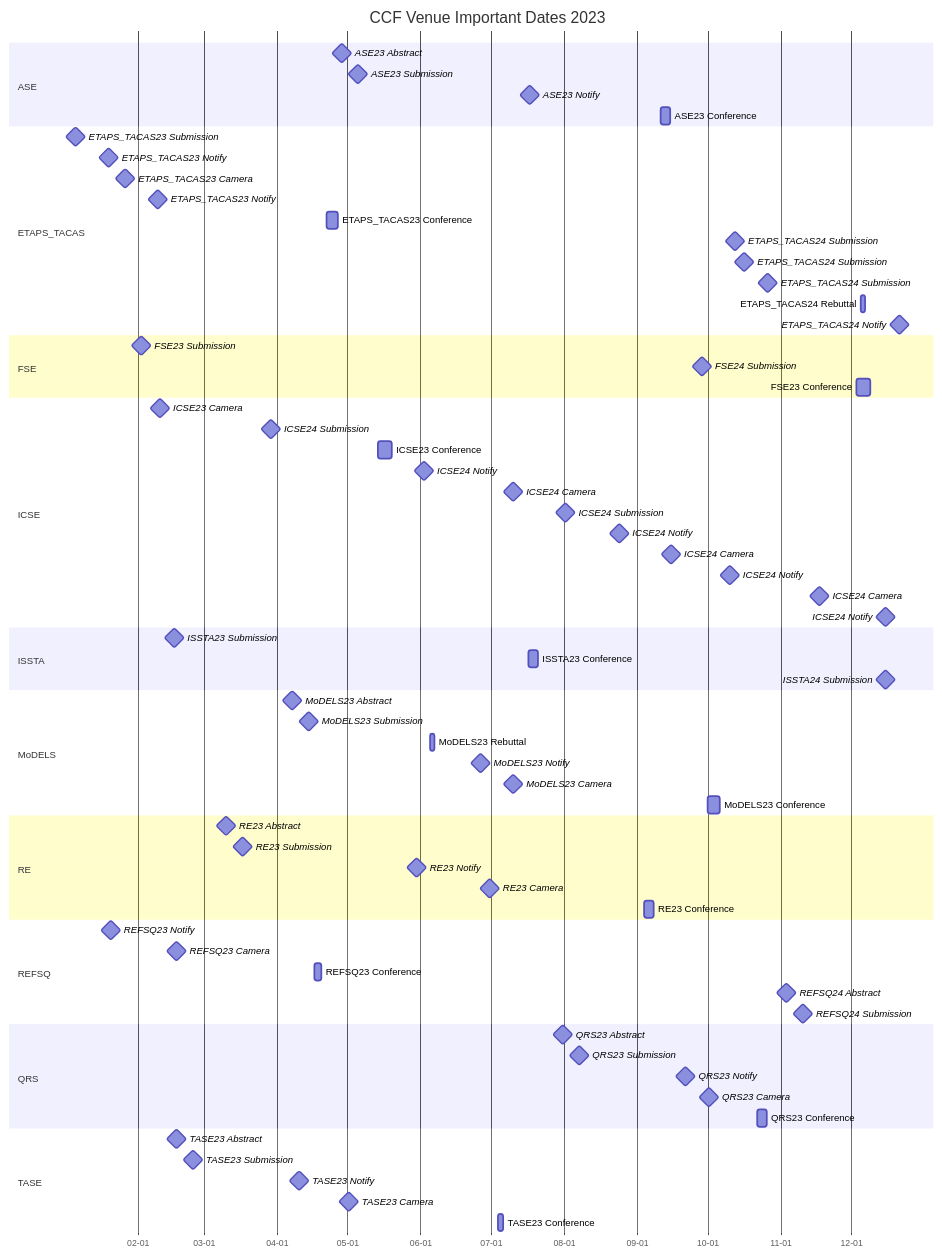
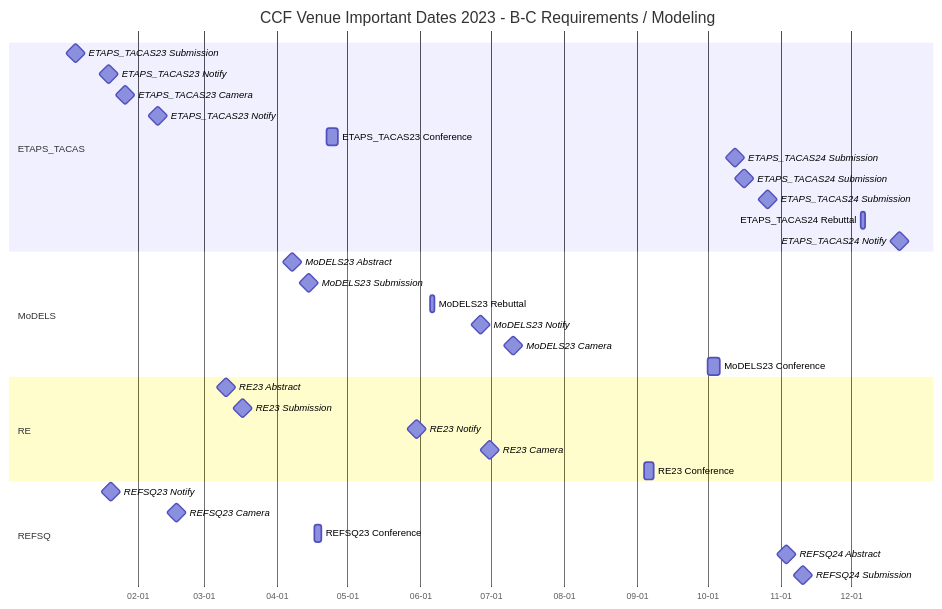
One commit to HansBug/research_ideas changed diagram 14 of 20 in ccf_venues/TIMELINE.md. Above: the diagram before and after it, drawn with Mermaid. The commit also changed other lines of this file and 5 other files, not shown here.

````diff
--- a/ccf_venues/TIMELINE.md
+++ b/ccf_venues/TIMELINE.md
@@ -817,14 +931,8 @@
 ```mermaid
 gantt
-  title CCF Venue Important Dates 2023
+  title CCF Venue Important Dates 2023 - B-C Requirements / Modeling
   dateFormat YYYY-MM-DD
   axisFormat %m-%d
-
-  section ASE
-  ASE23 Abstract :milestone, ase_2023_1_20230428, 2023-04-28, 1d
-  ASE23 Submission :milestone, ase_2023_2_20230505, 2023-05-05, 1d
-  ASE23 Notify :milestone, ase_2023_3_20230717, 2023-07-17, 1d
-  ASE23 Conference :ase_2023_4_20230911, 2023-09-11, 2023-09-15
 
   section ETAPS_TACAS
   ETAPS_TACAS23 Submission :milestone, etaps_tacas_2023_1_20230105, 2023-01-05, 1d
@@ -837,29 +945,6 @@
   ETAPS_TACAS24 Submission :milestone, etaps_tacas_2023_8_20231026, 2023-10-26, 1d
   ETAPS_TACAS24 Rebuttal :etaps_tacas_2023_9_20231205, 2023-12-05, 2023-12-07
   ETAPS_TACAS24 Notify :milestone, etaps_tacas_2023_10_20231221, 2023-12-21, 1d
-
-  section FSE
-  FSE23 Submission :milestone, fse_2023_1_20230202, 2023-02-02, 1d
-  FSE24 Submission :milestone, fse_2023_2_20230928, 2023-09-28, 1d
-  FSE23 Conference :fse_2023_3_20231203, 2023-12-03, 2023-12-09
-
-  section ICSE
-  ICSE23 Camera :milestone, icse_2023_1_20230210, 2023-02-10, 1d
-  ICSE24 Submission :milestone, icse_2023_2_20230329, 2023-03-29, 1d
-  ICSE23 Conference :icse_2023_3_20230514, 2023-05-14, 2023-05-20
-  ICSE24 Notify :milestone, icse_2023_4_20230602, 2023-06-02, 1d
-  ICSE24 Camera :milestone, icse_2023_5_20230710, 2023-07-10, 1d
-  ICSE24 Submission :milestone, icse_2023_6_20230801, 2023-08-01, 1d
-  ICSE24 Notify :milestone, icse_2023_7_20230824, 2023-08-24, 1d
-  ICSE24 Camera :milestone, icse_2023_8_20230915, 2023-09-15, 1d
-  ICSE24 Notify :milestone, icse_2023_9_20231010, 2023-10-10, 1d
-  ICSE24 Camera :milestone, icse_2023_10_20231117, 2023-11-17, 1d
-  ICSE24 Notify :milestone, icse_2023_11_20231215, 2023-12-15, 1d
-
-  section ISSTA
-  ISSTA23 Submission :milestone, issta_2023_1_20230216, 2023-02-16, 1d
-  ISSTA23 Conference :issta_2023_2_20230717, 2023-07-17, 2023-07-21
-  ISSTA24 Submission :milestone, issta_2023_3_20231215, 2023-12-15, 1d
 
   section MoDELS
   MoDELS23 Abstract :milestone, models_2023_1_20230407, 2023-04-07, 1d
@@ -882,19 +967,4 @@
   REFSQ23 Conference :refsq_2023_3_20230417, 2023-04-17, 2023-04-20
   REFSQ24 Abstract :milestone, refsq_2023_4_20231103, 2023-11-03, 1d
   REFSQ24 Submission :milestone, refsq_2023_5_20231110, 2023-11-10, 1d
-
-
-  section QRS
-  QRS23 Abstract :milestone, qrs_2023_1_20230731, 2023-07-31, 1d
-  QRS23 Submission :milestone, qrs_2023_2_20230807, 2023-08-07, 1d
-  QRS23 Notify :milestone, qrs_2023_3_20230921, 2023-09-21, 1d
-  QRS23 Camera :milestone, qrs_2023_4_20231001, 2023-10-01, 1d
-  QRS23 Conference :qrs_2023_5_20231022, 2023-10-22, 2023-10-26
-
-  section TASE
-  TASE23 Abstract :milestone, tase_2023_1_20230217, 2023-02-17, 1d
-  TASE23 Submission :milestone, tase_2023_2_20230224, 2023-02-24, 1d
-  TASE23 Notify :milestone, tase_2023_3_20230410, 2023-04-10, 1d
-  TASE23 Camera :milestone, tase_2023_4_20230501, 2023-05-01, 1d
-  TASE23 Conference :tase_2023_5_20230704, 2023-07-04, 2023-07-06
 ```
````
